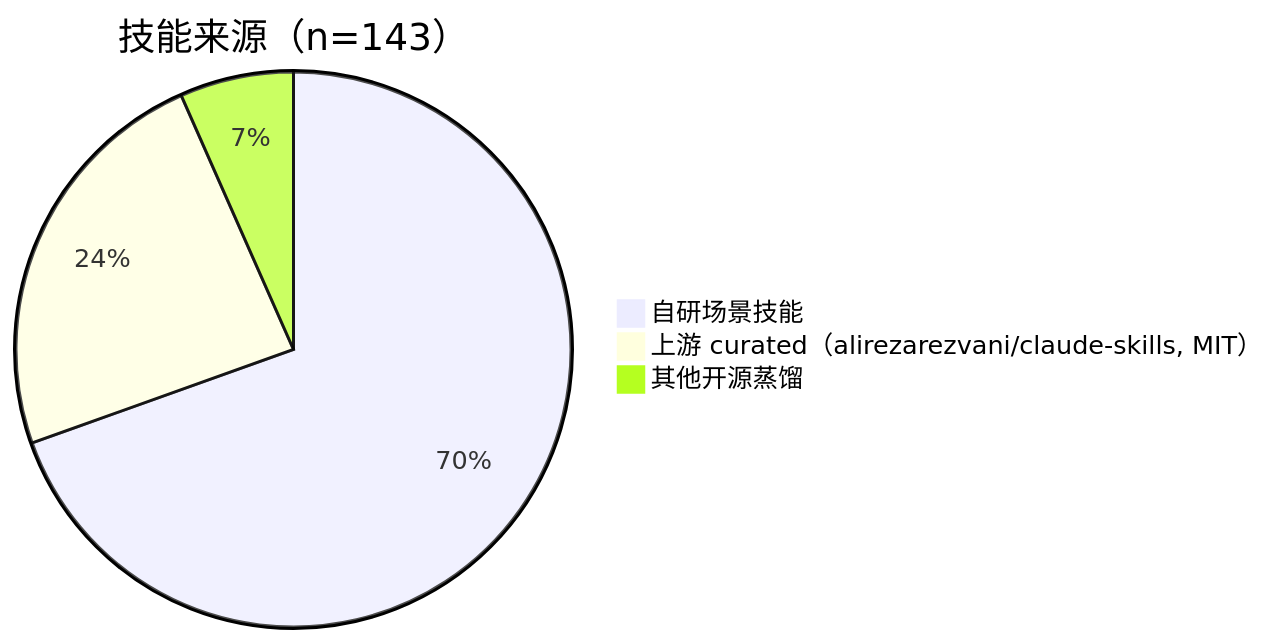
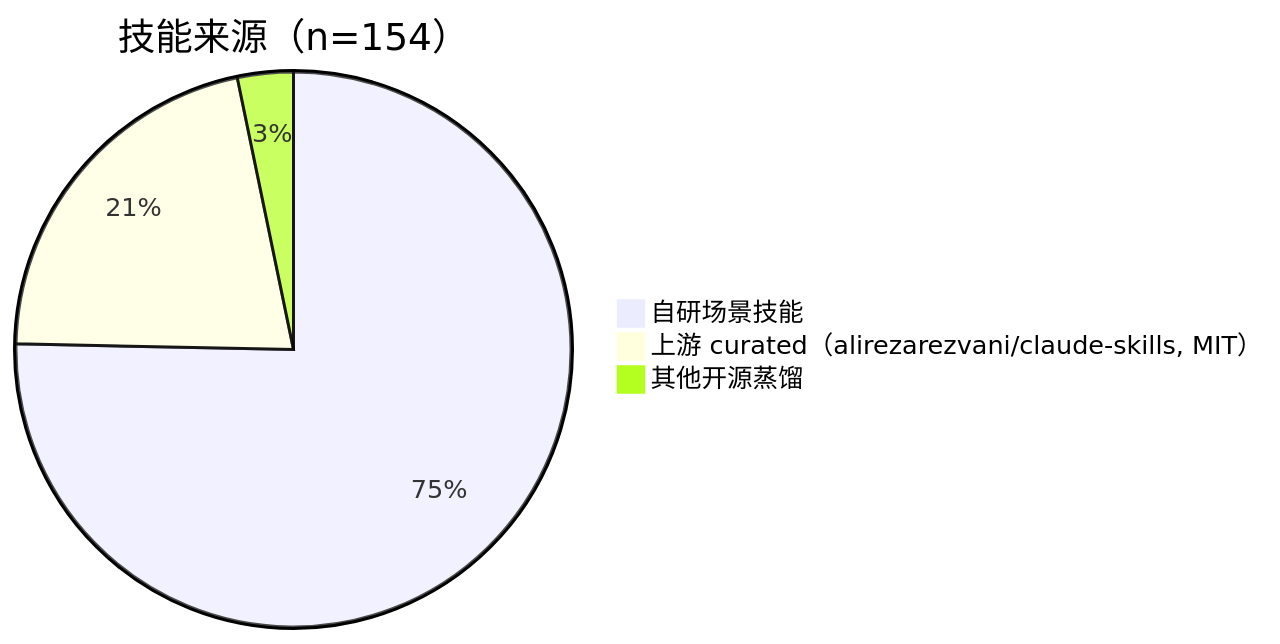
One commit to Morningstar202604/awesome-skillkit changed the second of 3 diagrams in README.zh-CN.md. Above: the diagram before and after it, drawn with Mermaid. The commit also changed other lines of this file and 37 other files, not shown here.

````diff
--- a/README.zh-CN.md
+++ b/README.zh-CN.md
@@ -44,6 +44,6 @@
 ```mermaid
-pie title 技能来源（n=143）
-    "自研场景技能" : 105
-    "上游 curated（alirezarezvani/claude-skills, MIT）" : 36
-    "其他开源蒸馏" : 10
+pie title 技能来源（n=154）
+    "自研场景技能" : 116
+    "上游 curated（alirezarezvani/claude-skills, MIT）" : 33
+    "其他开源蒸馏" : 5
 ```
````
